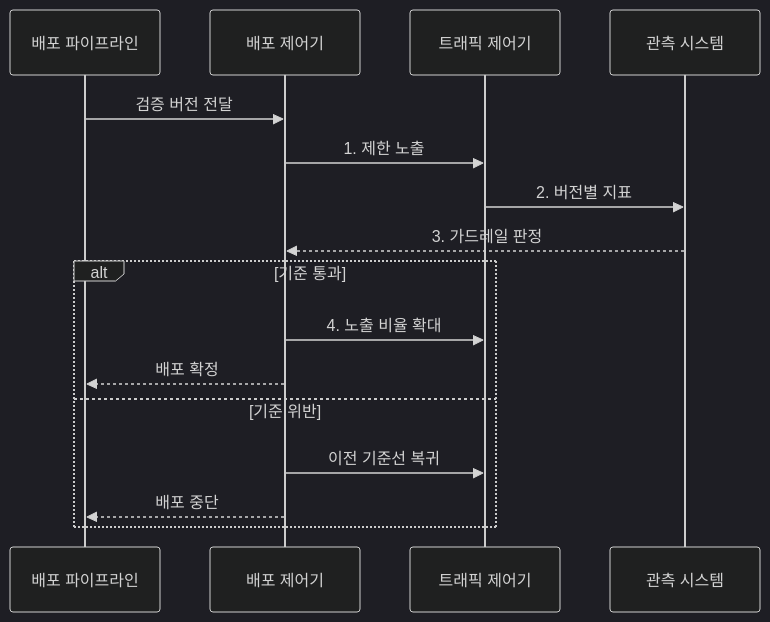
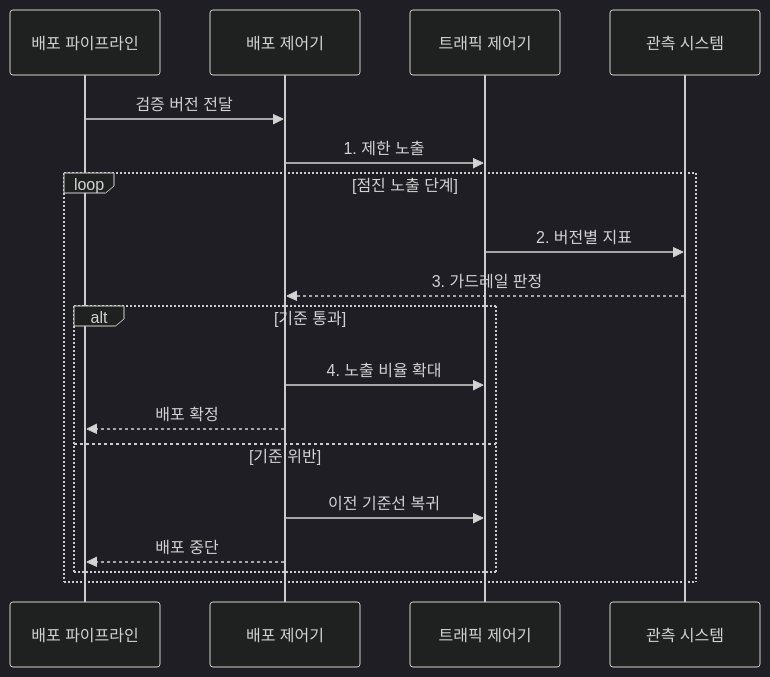
One commit to agnusdei1207/knowledge-base changed the second of 2 diagrams in src/content/docs/notes/03-software/054_continuous_deployment.md. Above: the diagram before and after it, drawn with Mermaid (dark theme). The commit also changed other lines of this file and 10 other files, not shown here.

````diff
--- a/src/content/docs/notes/03-software/054_continuous_deployment.md
+++ b/src/content/docs/notes/03-software/054_continuous_deployment.md
@@ -106,18 +106,20 @@
 ```mermaid
 sequenceDiagram
     participant P as 배포 파이프라인
     participant D as 배포 제어기
     participant T as 트래픽 제어기
     participant O as 관측 시스템
     P->>D: 검증 버전 전달
     D->>T: 1. 제한 노출
-    T->>O: 2. 버전별 지표
-    O-->>D: 3. 가드레일 판정
-    alt 기준 통과
-        D->>T: 4. 노출 비율 확대
-        D-->>P: 배포 확정
-    else 기준 위반
-        D->>T: 이전 기준선 복귀
-        D-->>P: 배포 중단
+    loop 점진 노출 단계
+        T->>O: 2. 버전별 지표
+        O-->>D: 3. 가드레일 판정
+        alt 기준 통과
+            D->>T: 4. 노출 비율 확대
+            D-->>P: 배포 확정
+        else 기준 위반
+            D->>T: 이전 기준선 복귀
+            D-->>P: 배포 중단
+        end
     end
 ```
````
